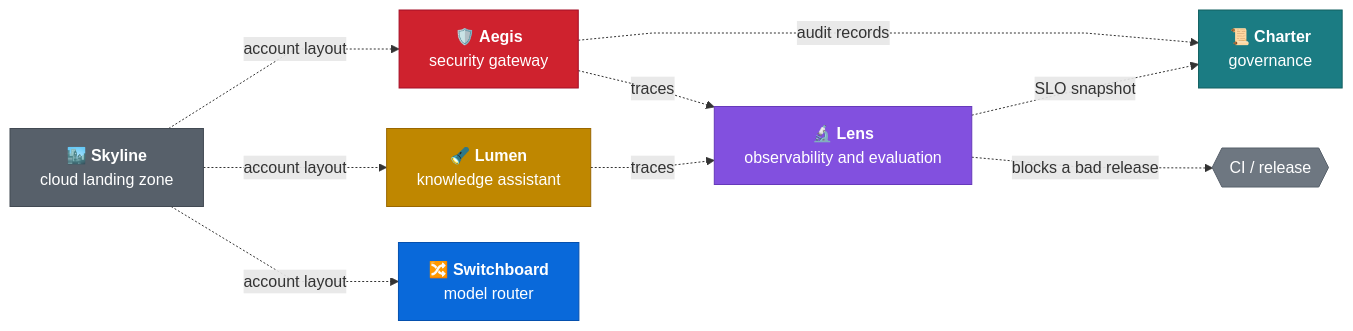
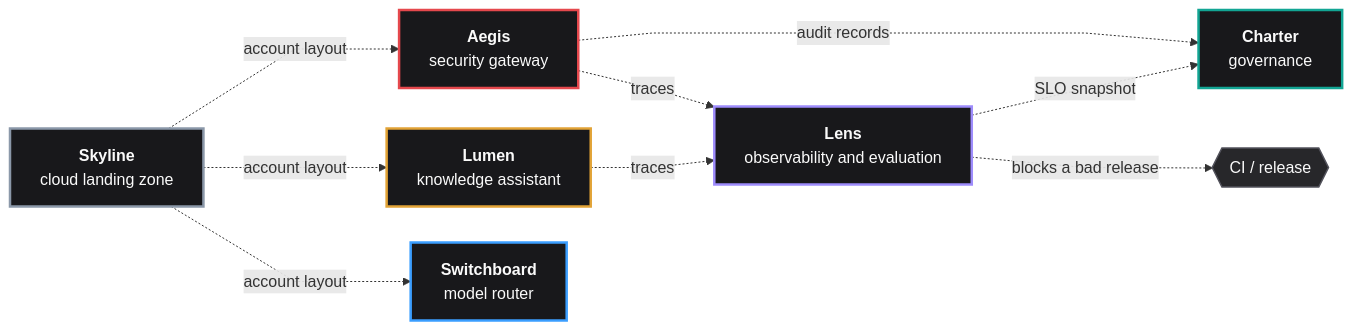
Before and after one commit to kumarlakshya24/enterprise-ai-platform: the third of 3 diagrams in README.md, drawn with Mermaid. The commit also changed other lines of this file and 2 other files, not shown here.

First line of the commit message:
Give the root README a dark and light banner and calmer diagrams

````diff
--- a/README.md
+++ b/README.md
@@ -139,39 +133,39 @@
 ```mermaid
 %%{init: {"flowchart": {"curve": "linear", "nodeSpacing": 36, "rankSpacing": 80}}}%%
 flowchart LR
-  SKY["🏙️ <b>Skyline</b><br/>cloud landing zone"]
-  AEG["🛡️ <b>Aegis</b><br/>security gateway"]
-  LUM["🔦 <b>Lumen</b><br/>knowledge assistant"]
-  SW["🔀 <b>Switchboard</b><br/>model router"]
-  CHR["📜 <b>Charter</b><br/>governance"]
-  LENS["🔬 <b>Lens</b><br/>observability and evaluation"]
+  SKY["<b>Skyline</b><br/>cloud landing zone"]
+  AEG["<b>Aegis</b><br/>security gateway"]
+  LUM["<b>Lumen</b><br/>knowledge assistant"]
+  SW["<b>Switchboard</b><br/>model router"]
+  CHR["<b>Charter</b><br/>governance"]
+  LENS["<b>Lens</b><br/>observability and evaluation"]
   CI{{"CI / release"}}
 
   SKY -. "account layout" .-> AEG
   SKY -. "account layout" .-> LUM
   SKY -. "account layout" .-> SW
   AEG -. "audit records" .-> CHR
   AEG -. "traces" .-> LENS
   LUM -. "traces" .-> LENS
   LENS -. "SLO snapshot" .-> CHR
   LENS -. "blocks a bad release" .-> CI
 
-  classDef aegis fill:#cf222e,stroke:#a40e26,color:#fff
-  classDef switchboard fill:#0969da,stroke:#0550ae,color:#fff
-  classDef lumen fill:#bf8700,stroke:#9a6700,color:#fff
-  classDef atlas fill:#1a7f37,stroke:#116329,color:#fff
-  classDef forge fill:#bc4c00,stroke:#953800,color:#fff
-  classDef lens fill:#8250df,stroke:#6639ba,color:#fff
-  classDef charter fill:#1b7c83,stroke:#136061,color:#fff
-  classDef arena fill:#bf3989,stroke:#99286e,color:#fff
-  classDef skyline fill:#57606a,stroke:#424a53,color:#fff
-  classDef conduit fill:#8a6238,stroke:#6b4a28,color:#fff
-  classDef neutral fill:#6e7781,stroke:#57606a,color:#fff
+  classDef aegis fill:#18181b,stroke:#e5484d,stroke-width:2.5px,color:#fafafa
+  classDef switchboard fill:#18181b,stroke:#3b9eff,stroke-width:2.5px,color:#fafafa
+  classDef lumen fill:#18181b,stroke:#e2a336,stroke-width:2.5px,color:#fafafa
+  classDef atlas fill:#18181b,stroke:#30a46c,stroke-width:2.5px,color:#fafafa
+  classDef forge fill:#18181b,stroke:#f76b15,stroke-width:2.5px,color:#fafafa
+  classDef lens fill:#18181b,stroke:#9e8cfc,stroke-width:2.5px,color:#fafafa
+  classDef charter fill:#18181b,stroke:#12a594,stroke-width:2.5px,color:#fafafa
+  classDef arena fill:#18181b,stroke:#e93d82,stroke-width:2.5px,color:#fafafa
+  classDef skyline fill:#18181b,stroke:#8b98a9,stroke-width:2.5px,color:#fafafa
+  classDef conduit fill:#18181b,stroke:#c08a5a,stroke-width:2.5px,color:#fafafa
+  classDef neutral fill:#27272a,stroke:#52525b,stroke-width:1.5px,color:#fafafa
   class SKY skyline
   class AEG aegis
   class LUM lumen
   class SW switchboard
   class CHR charter
   class LENS lens
   class CI neutral
 ```
````
